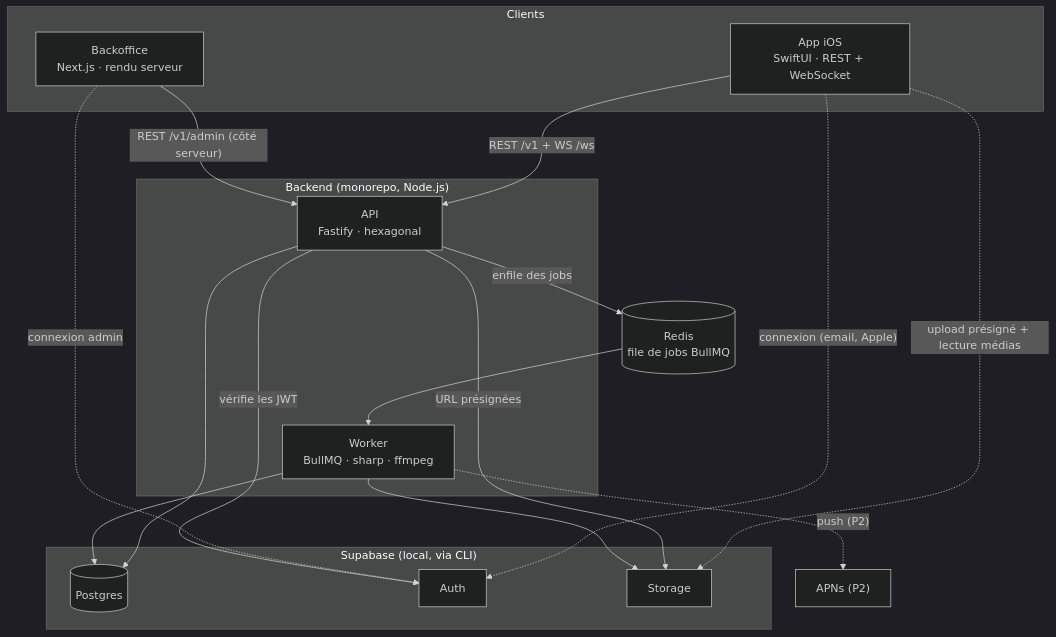
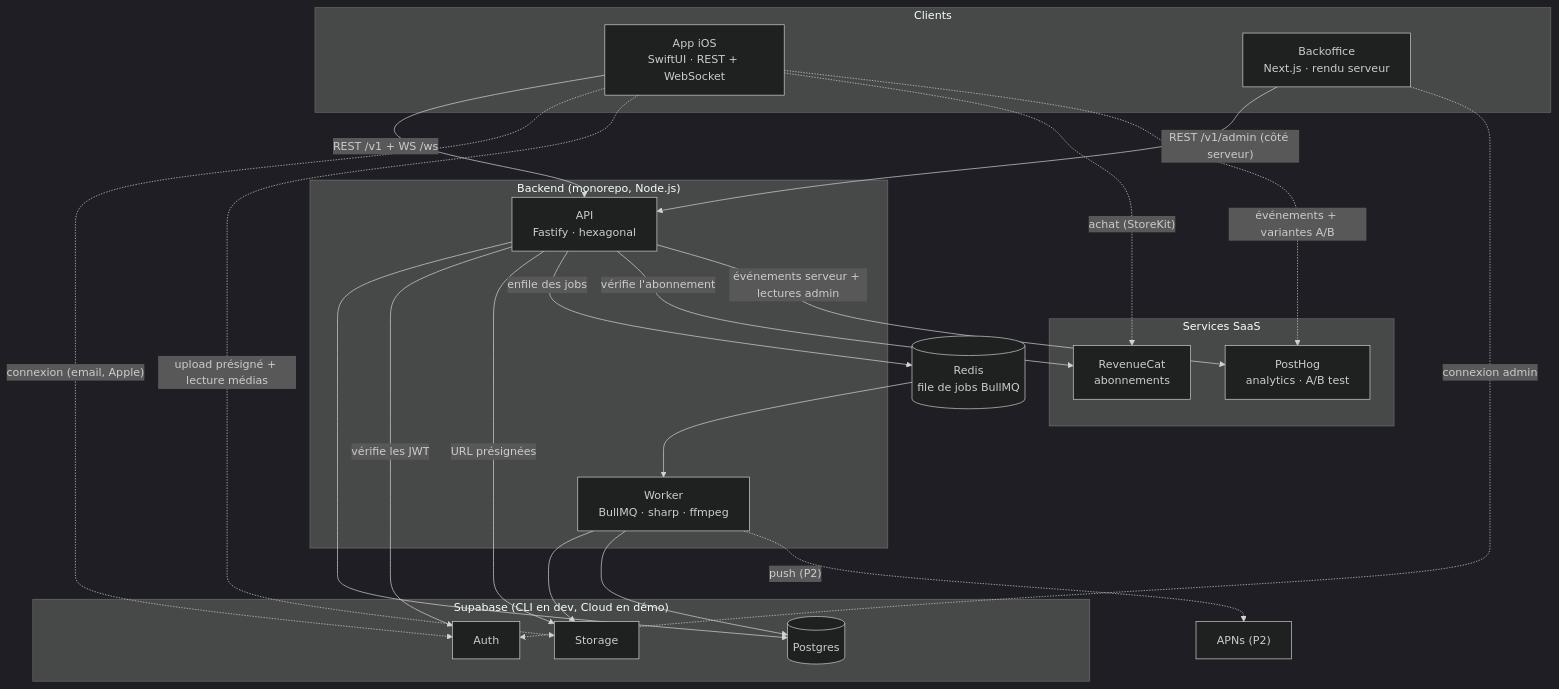
The first of 5 diagrams in docs/cahier-des-charges/02-architecture-globale.md (Kicksbld/clone_instagram), drawn with Mermaid (dark theme) before and after one commit. The commit also changed other lines of this file and 11 other files, not shown here.

````diff
--- a/docs/cahier-des-charges/02-architecture-globale.md
+++ b/docs/cahier-des-charges/02-architecture-globale.md
@@ -5,36 +5,45 @@
 ```mermaid
 flowchart TB
     subgraph Clients
         IOS["App iOS<br/>SwiftUI · REST + WebSocket"]
         BO["Backoffice<br/>Next.js · rendu serveur"]
     end
 
     subgraph Backend["Backend (monorepo, Node.js)"]
         API["API<br/>Fastify · hexagonal"]
         WK["Worker<br/>BullMQ · sharp · ffmpeg"]
     end
 
-    subgraph Supabase["Supabase (local, via CLI)"]
+    subgraph Supabase["Supabase (CLI en dev, Cloud en démo)"]
         PG[("Postgres")]
         AUTH["Auth"]
         ST["Storage"]
     end
 
     REDIS[("Redis<br/>file de jobs BullMQ")]
     APNS["APNs (P2)"]
+
+    subgraph SaaS["Services SaaS"]
+        RC["RevenueCat<br/>abonnements"]
+        PH["PostHog<br/>analytics · A/B test"]
+    end
 
     IOS -- "REST /v1 + WS /ws" --> API
     BO -- "REST /v1/admin (côté serveur)" --> API
     IOS -. "connexion (email, Apple)" .-> AUTH
     BO -. "connexion admin" .-> AUTH
     IOS -. "upload présigné + lecture médias" .-> ST
 
     API --> PG
     API -- "vérifie les JWT" --> AUTH
     API -- "URL présignées" --> ST
     API -- "enfile des jobs" --> REDIS
     REDIS --> WK
     WK --> ST
     WK --> PG
     WK -. "push (P2)" .-> APNS
+    IOS -. "achat (StoreKit)" .-> RC
+    IOS -. "événements + variantes A/B" .-> PH
+    API -- "vérifie l'abonnement" --> RC
+    API -- "événements serveur + lectures admin" --> PH
 ```
````
